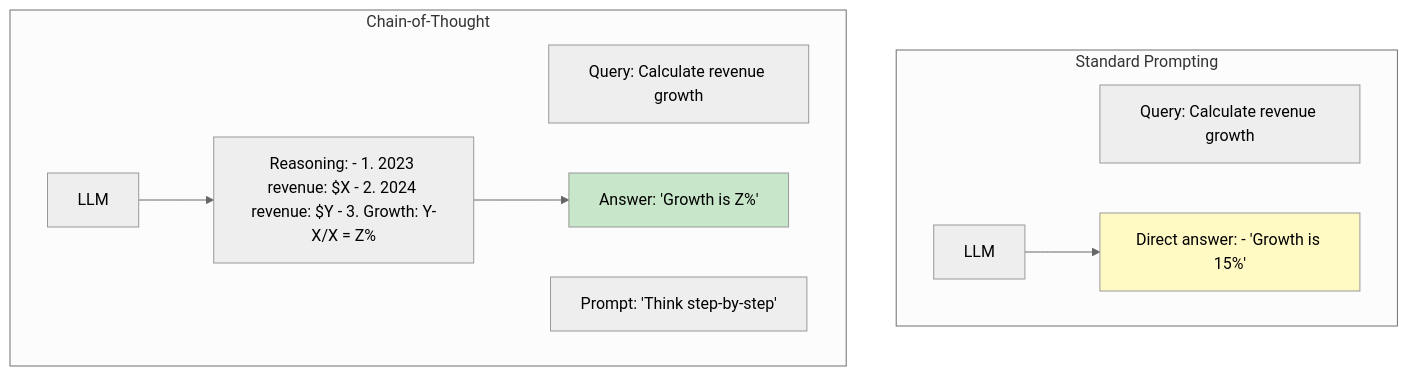
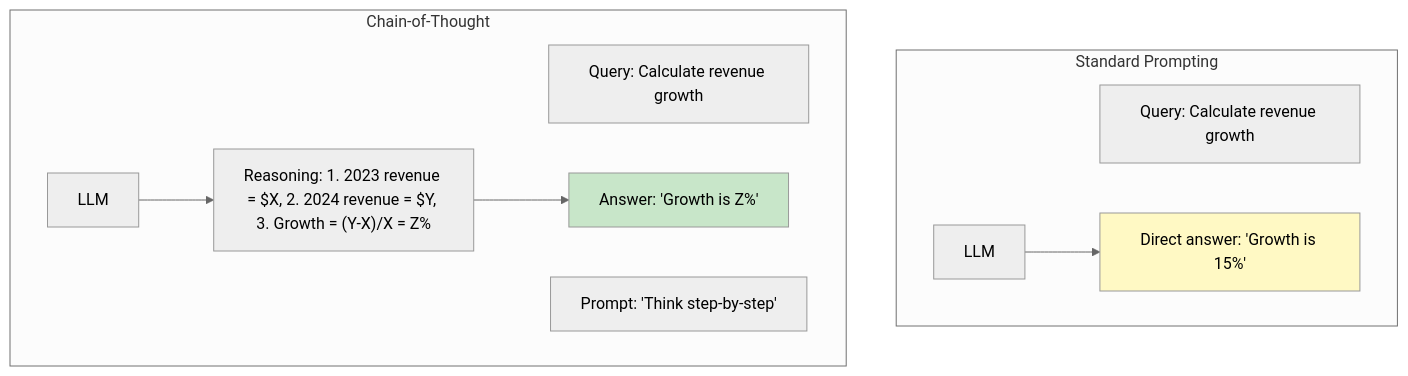
Before and after one commit to indhra/llm_rag_sec_findings: the fifth of 6 diagrams in docs/learning/06-prompt-engineering.md, drawn with Mermaid (neutral theme). The commit also changed other lines of this file and 9 other files, not shown here.

````diff
--- a/docs/learning/06-prompt-engineering.md
+++ b/docs/learning/06-prompt-engineering.md
@@ -390,17 +390,17 @@
 ```mermaid
 graph TB
     subgraph "Standard Prompting"
-        Q1[Query: Calculate revenue growth]
-        L1[LLM] --> A1[Direct answer: - 'Growth is 15%']
+        Q1["Query: Calculate revenue growth"]
+        L1["LLM"] --> A1["Direct answer: 'Growth is 15%'"]
     end
     
     subgraph "Chain-of-Thought"
-        Q2[Query: Calculate revenue growth]
+        Q2["Query: Calculate revenue growth"]
         COT[Prompt: 'Think step-by-step']
-        L2[LLM] --> R[Reasoning: - 1. 2023 revenue: $X - 2. 2024 revenue: $Y - 3. Growth: Y-X/X = Z%]
+        L2["LLM"] --> R["Reasoning: 1. 2023 revenue = $X, 2. 2024 revenue = $Y, 3. Growth = (Y-X)/X = Z%"]
         R --> A2[Answer: 'Growth is Z%']
     end
     
     style A1 fill:#fff9c4
     style A2 fill:#c8e6c9
 ```
````
